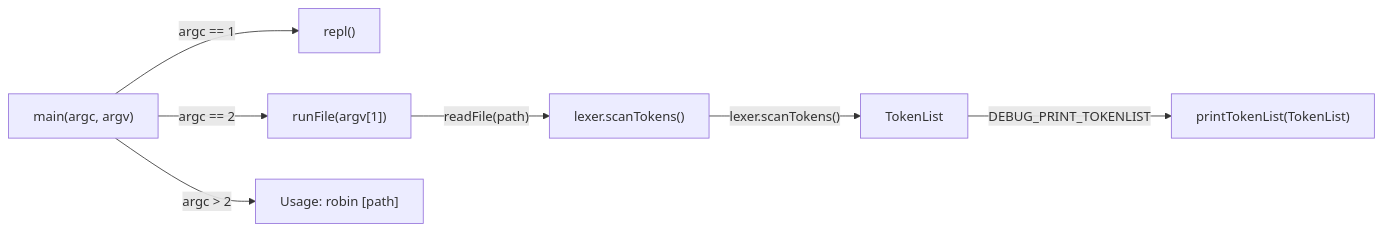
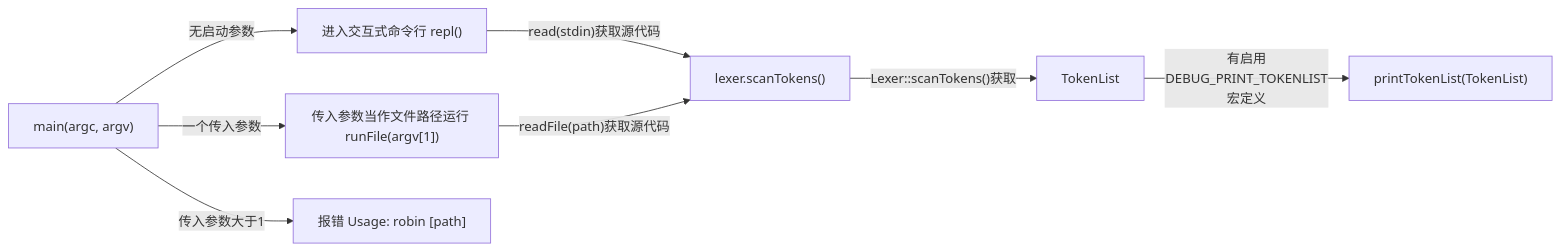
Before and after one commit to ice-bubble/LiteCompiler: the first of 2 diagrams in robin/README.md, drawn with Mermaid. The commit also changed other lines of this file, not shown here.

````diff
--- a/robin/README.md
+++ b/robin/README.md
@@ -121,10 +121,11 @@
 ```mermaid
 graph LR
-    A["main(argc, argv)"] -- argc == 1 --> B["repl()"]
-    A -- argc == 2 --> C["runFile(argv[1])"]
-    A -- argc > 2 --> D["Usage: robin [path]"]
-    C -- readFile(path) --> E["lexer.scanTokens()"]
-    E -- lexer.scanTokens() --> F[TokenList]
-    F -- DEBUG_PRINT_TOKENLIST --> G["printTokenList(TokenList)"]
+    A["main(argc, argv)"] -- 无启动参数 --> B["进入交互式命令行 repl()"]
+    A -- 一个传入参数 --> C["传入参数当作文件路径运行 runFile(argv[1])"]
+    A -- 传入参数大于1 --> D["报错 Usage: robin [path]"]
+    B --read(stdin)获取源代码--> E
+    C -- readFile(path)获取源代码 --> E["lexer.scanTokens()"]
+    E -- Lexer::scanTokens()获取 --> F[TokenList]
+    F -- 有启用DEBUG_PRINT_TOKENLIST宏定义 --> G["printTokenList(TokenList)"]
 
 ```
````
